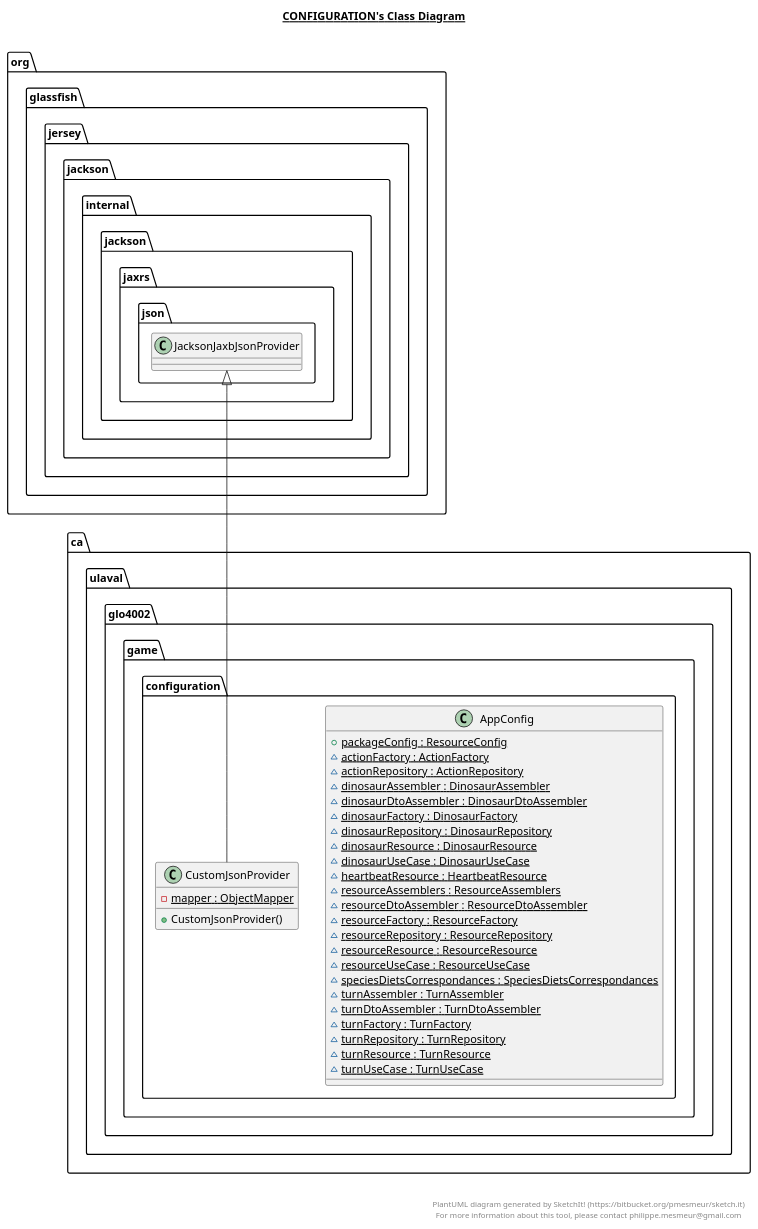
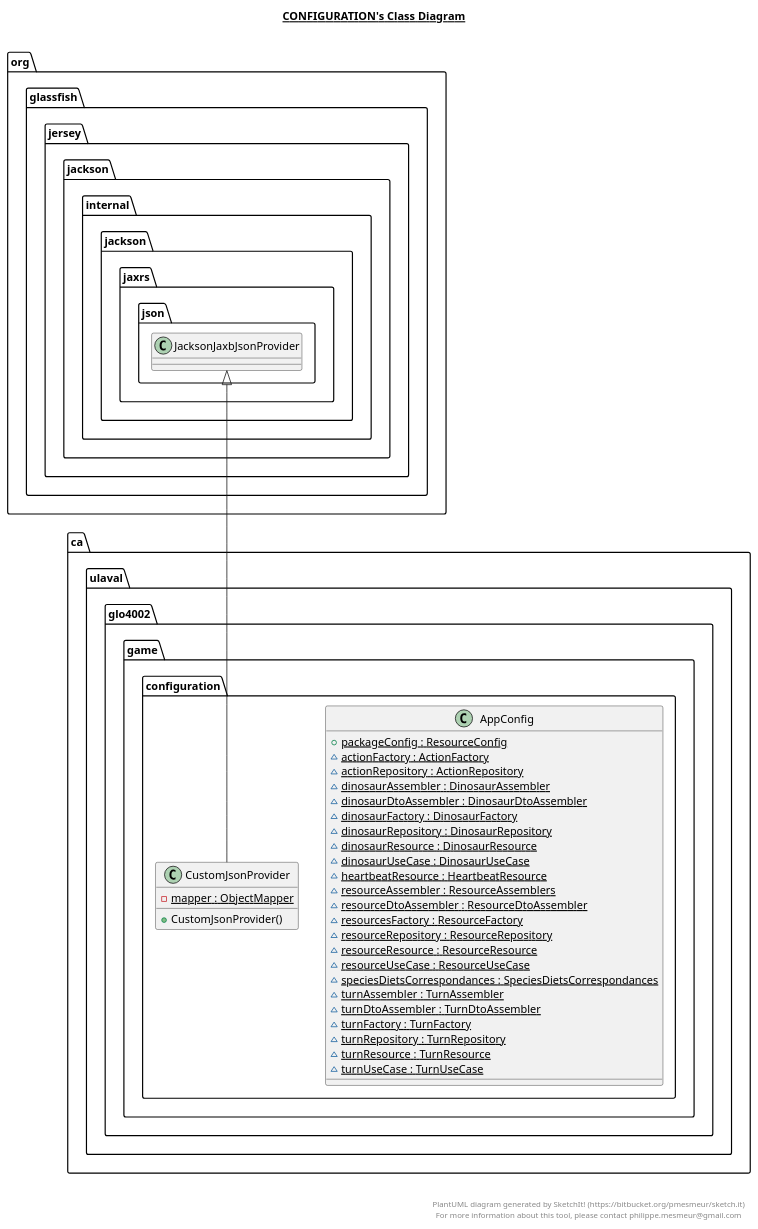
One commit to MALEC321/MEP7 changed the diagram in game-api/src/main/java/ca/ulaval/glo4002/game/configuration/configuration.plantuml. Above: the diagram before and after it, drawn with PlantUML. The commit also changed 12 other files, not shown here.

```diff
--- a/game-api/src/main/java/ca/ulaval/glo4002/game/configuration/configuration.plantuml
+++ b/game-api/src/main/java/ca/ulaval/glo4002/game/configuration/configuration.plantuml
@@ -1,56 +1,56 @@
 @startuml
 
 title __CONFIGURATION's Class Diagram__\n
 
     namespace ca.ulaval.glo4002.game {
       namespace configuration {
         class ca.ulaval.glo4002.game.configuration.AppConfig {
             {static} + packageConfig : ResourceConfig
             {static} ~ actionFactory : ActionFactory
             {static} ~ actionRepository : ActionRepository
             {static} ~ dinosaurAssembler : DinosaurAssembler
             {static} ~ dinosaurDtoAssembler : DinosaurDtoAssembler
             {static} ~ dinosaurFactory : DinosaurFactory
             {static} ~ dinosaurRepository : DinosaurRepository
             {static} ~ dinosaurResource : DinosaurResource
             {static} ~ dinosaurUseCase : DinosaurUseCase
             {static} ~ heartbeatResource : HeartbeatResource
-            {static} ~ resourceAssemblers : ResourceAssemblers
+            {static} ~ resourceAssembler : ResourceAssemblers
             {static} ~ resourceDtoAssembler : ResourceDtoAssembler
-            {static} ~ resourceFactory : ResourceFactory
+            {static} ~ resourcesFactory : ResourceFactory
             {static} ~ resourceRepository : ResourceRepository
             {static} ~ resourceResource : ResourceResource
             {static} ~ resourceUseCase : ResourceUseCase
             {static} ~ speciesDietsCorrespondances : SpeciesDietsCorrespondances
             {static} ~ turnAssembler : TurnAssembler
             {static} ~ turnDtoAssembler : TurnDtoAssembler
             {static} ~ turnFactory : TurnFactory
             {static} ~ turnRepository : TurnRepository
             {static} ~ turnResource : TurnResource
             {static} ~ turnUseCase : TurnUseCase
         }
       }
     }
   
 
     namespace ca.ulaval.glo4002.game {
       namespace configuration {
         class ca.ulaval.glo4002.game.configuration.CustomJsonProvider {
             {static} - mapper : ObjectMapper
             + CustomJsonProvider()
         }
       }
     }
   
 
   ca.ulaval.glo4002.game.configuration.CustomJsonProvider -up-|> org.glassfish.jersey.jackson.internal.jackson.jaxrs.json.JacksonJaxbJsonProvider
 
 
 right footer
 
 
 PlantUML diagram generated by SketchIt! (https://bitbucket.org/pmesmeur/sketch.it)
 For more information about this tool, please contact philippe.mesmeur@gmail.com
 endfooter
 
 @enduml
```
